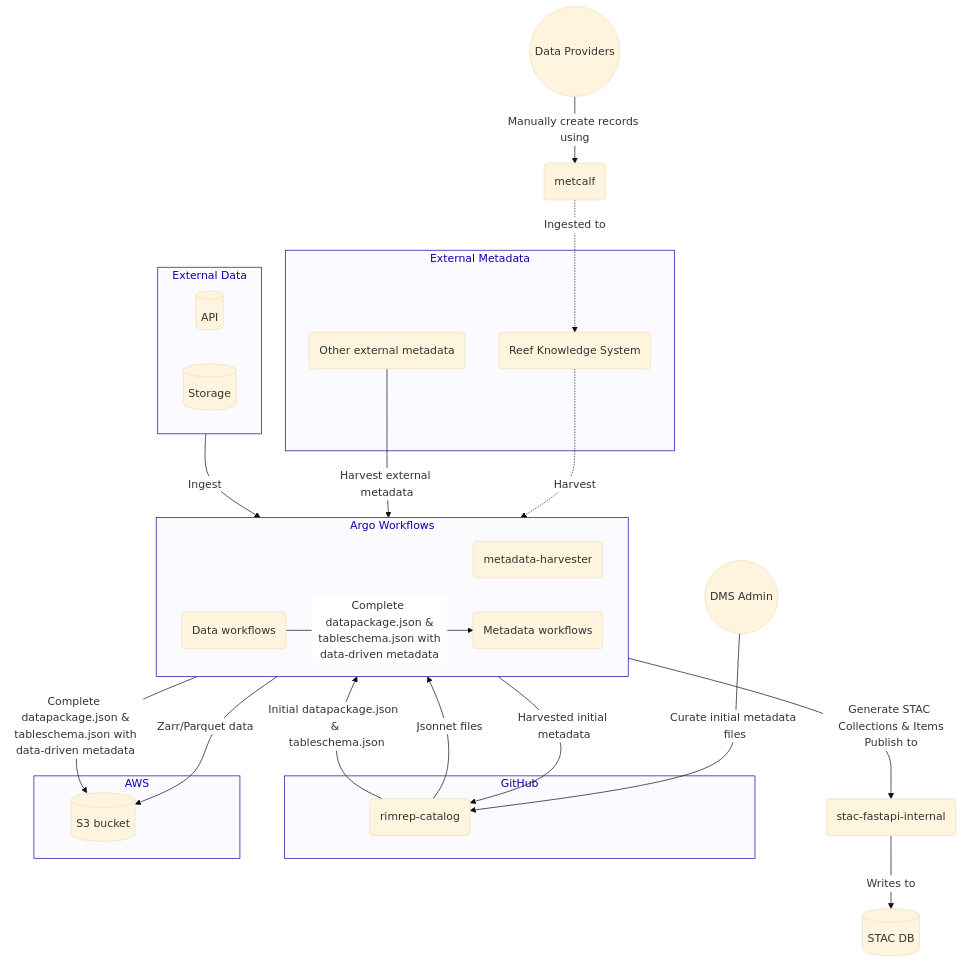
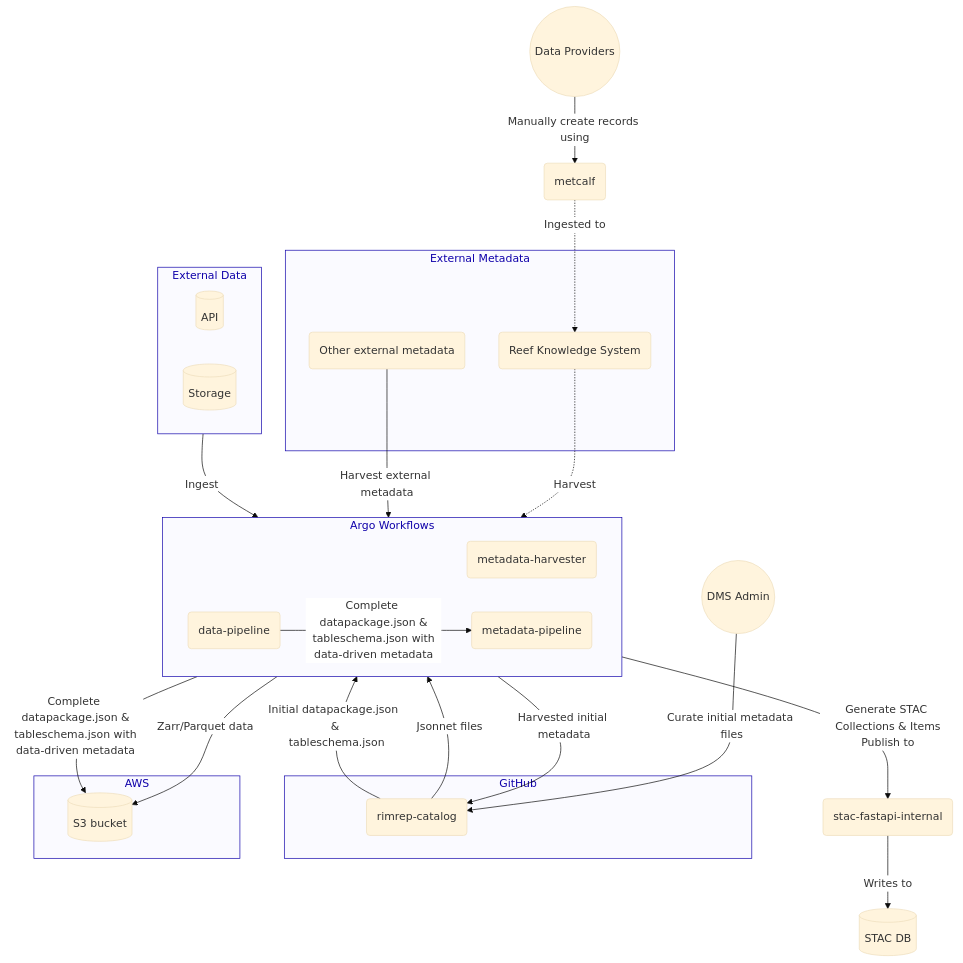
One commit to gbr-dms/rimrep-documentation changed the second of 4 diagrams in docs/architecture/components/metadata-system.md. Above: the diagram before and after it, drawn with Mermaid. The commit also changed other lines of this file, not shown here.

Commit message:
Add documentation about metadata harvester. Add flowchart for metadata pipeline.

````diff
--- a/docs/architecture/components/metadata-system.md
+++ b/docs/architecture/components/metadata-system.md
@@ -105,63 +106,63 @@
 ```mermaid
 %%{
   init: {
     'theme': 'base',
     'themeVariables': {
       'edgeLabelBackground': '#ffffff',
       'tertiaryTextColor': '#0f00aa',
       'clusterBkg': '#fafaff',
       'clusterBorder': '#0f00aa'
     }
   }
 }%%
 
 flowchart TB
   classDef red fill:#ffcccc,stroke:#ff0000;
 
   subgraph github["GitHub"]
     catalog(rimrep-catalog)
   end
 
   subgraph group_external_metadata["External Metadata"]
     rks(Reef Knowledge System)
     external_metadata(Other external metadata)
   end
 
   subgraph group_external_data["External Data"]
     external_data_api[(API)]
     external_data_storage[(Storage)]
   end
 
   subgraph pipeline["Argo Workflows"]
     direction LR
     metadata_harvester(metadata-harvester)
-    metadata_workflow(Metadata workflows)
-    data_workflow(Data workflows)
+    metadata_workflow(metadata-pipeline)
+    data_workflow(data-pipeline)
   end
 
   subgraph AWS["AWS"]
     s3[(S3 bucket)]
   end
 
   metadata_providers((Data Providers))
   metcalf(metcalf)
   rimrep_admin((DMS Admin))
   stac_db[(STAC DB)]
   stac_fastapi_internal(stac-fastapi-internal)
 
   group_external_data ~~~ pipeline
 
   metadata_providers -->|Manually create records using| metcalf
   metcalf  -. Ingested to .-> rks
   rks -. Harvest .-> metadata_harvester
   external_metadata --> |Harvest external metadata| metadata_harvester
   metadata_harvester --> |Harvested initial metadata|catalog
   group_external_data -->|Ingest| data_workflow
   rimrep_admin -->|"Curate initial metadata files"| catalog
   catalog --> |Jsonnet files| metadata_workflow
   catalog --> |"Initial datapackage.json &<br> tableschema.json"| data_workflow
   metadata_workflow -->  |"Generate STAC Collections & Items<br>Publish to"|stac_fastapi_internal
   stac_fastapi_internal --> |Writes to| stac_db
   data_workflow --> |"Zarr/Parquet data"|s3
   data_workflow --> |"Complete datapackage.json &<br>tableschema.json with<br>data-driven metadata"|metadata_workflow & s3
 ```
````
